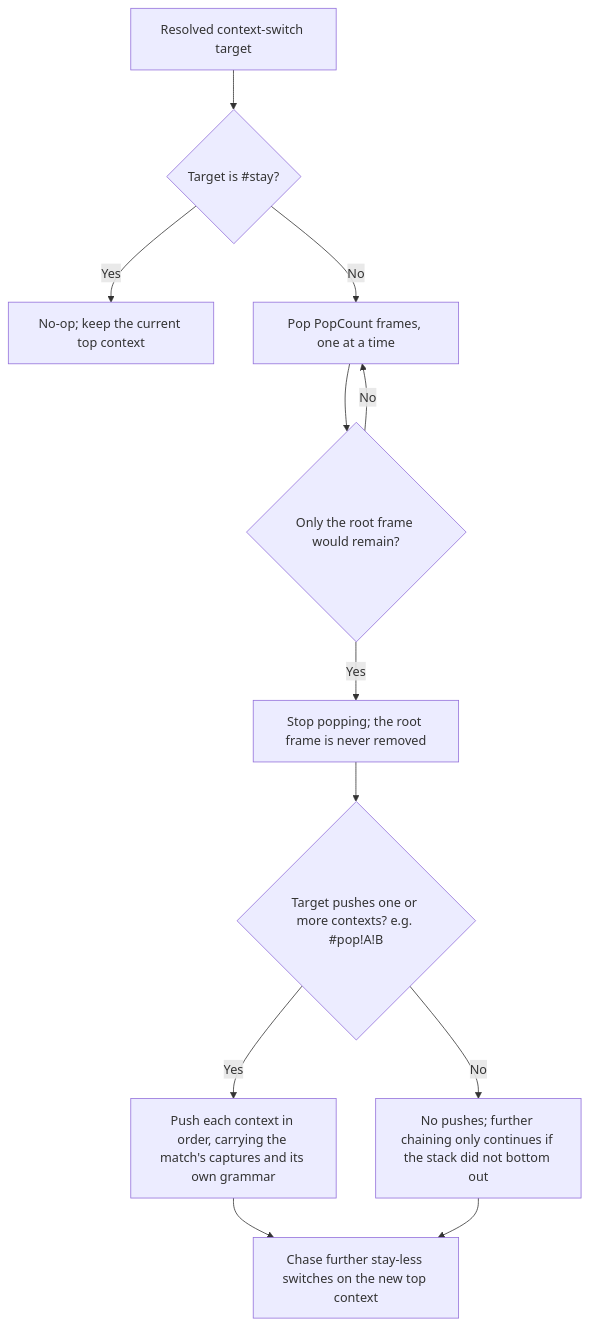
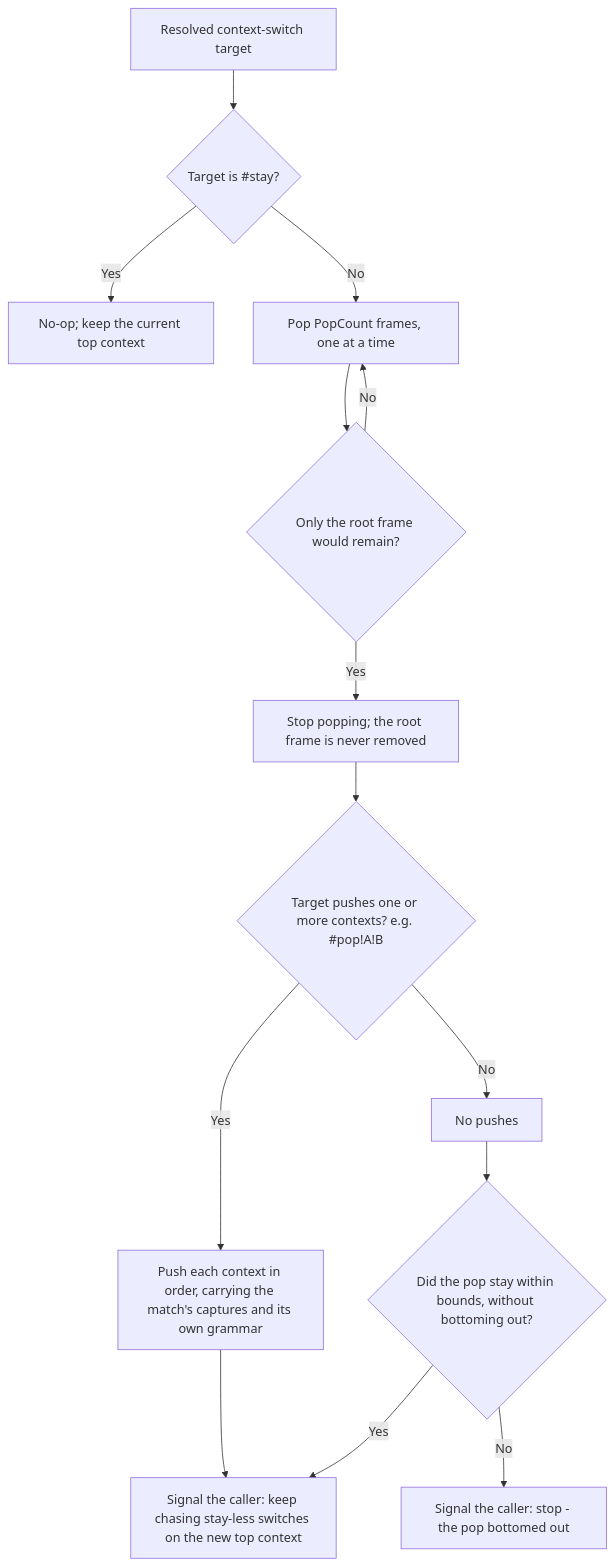
The second of 2 diagrams in docs/concepts/syntax-highlighting.md (pavkam/sharp-vision), drawn with Mermaid before and after one commit. The commit also changed other lines of this file, not shown here.

First line of the commit message:
docs(syntax-highlighting): correct the tokenizer diagrams' stall-fallback and switch-chase claims

````diff
--- a/docs/concepts/syntax-highlighting.md
+++ b/docs/concepts/syntax-highlighting.md
@@ -127,14 +128,16 @@
 ```mermaid
 flowchart TD
     A[Resolved context-switch target] --> B{Target is #stay?}
     B -->|Yes| C[No-op; keep the current top context]
     B -->|No| D[Pop PopCount frames, one at a time]
     D --> E{Only the root frame would remain?}
     E -->|Yes| F[Stop popping; the root frame is never removed]
     E -->|No| D
     F --> G{Target pushes one or more contexts? e.g. #pop!A!B}
     G -->|Yes| H[Push each context in order, carrying the match's captures and its own grammar]
-    G -->|No| I[No pushes; further chaining only continues if the stack did not bottom out]
-    H --> J[Chase further stay-less switches on the new top context]
-    I --> J
+    G -->|No| I[No pushes]
+    H --> J[Signal the caller: keep chasing stay-less switches on the new top context]
+    I --> K{Did the pop stay within bounds, without bottoming out?}
+    K -->|Yes| J
+    K -->|No| L[Signal the caller: stop - the pop bottomed out]
 ```
````
